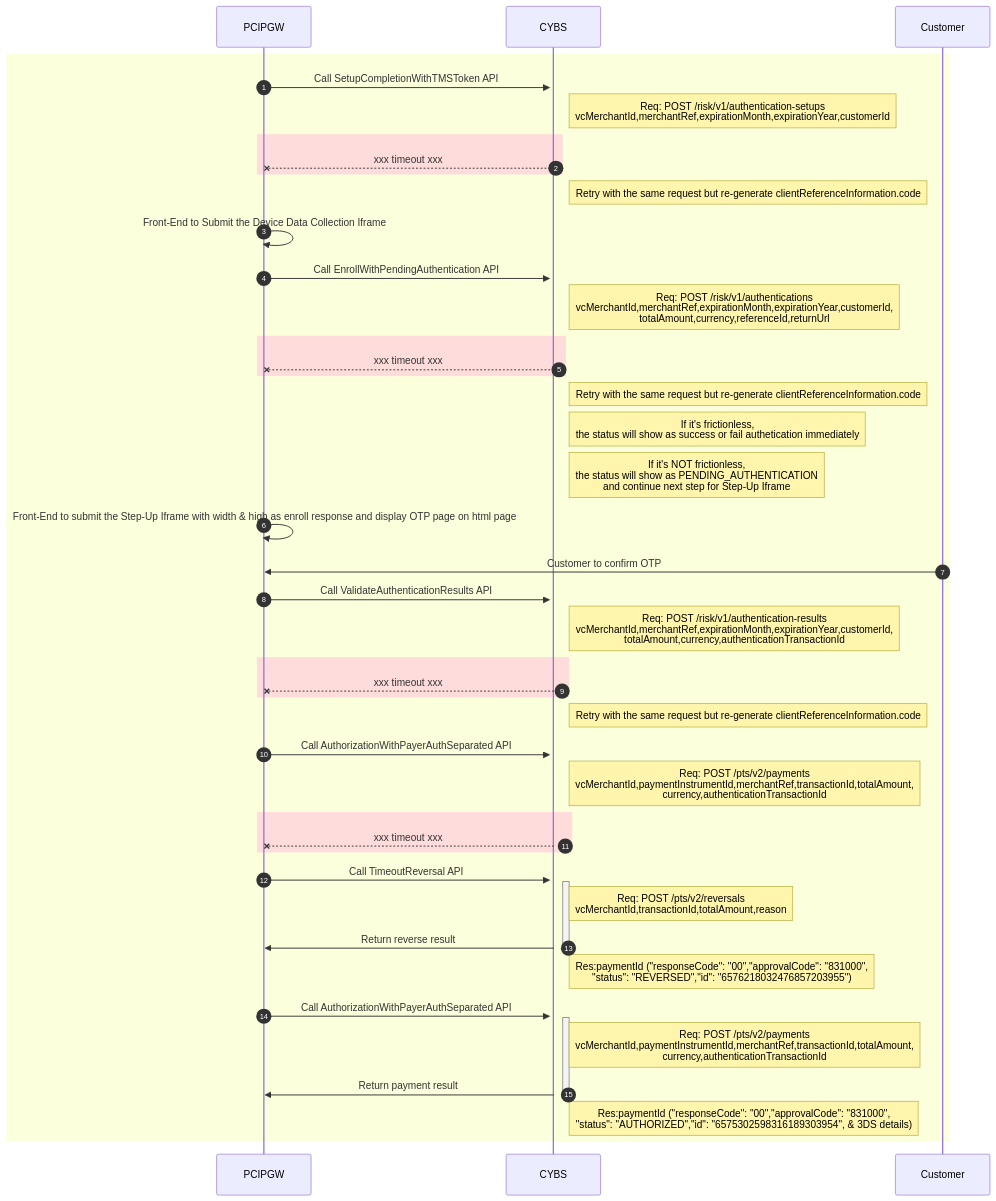
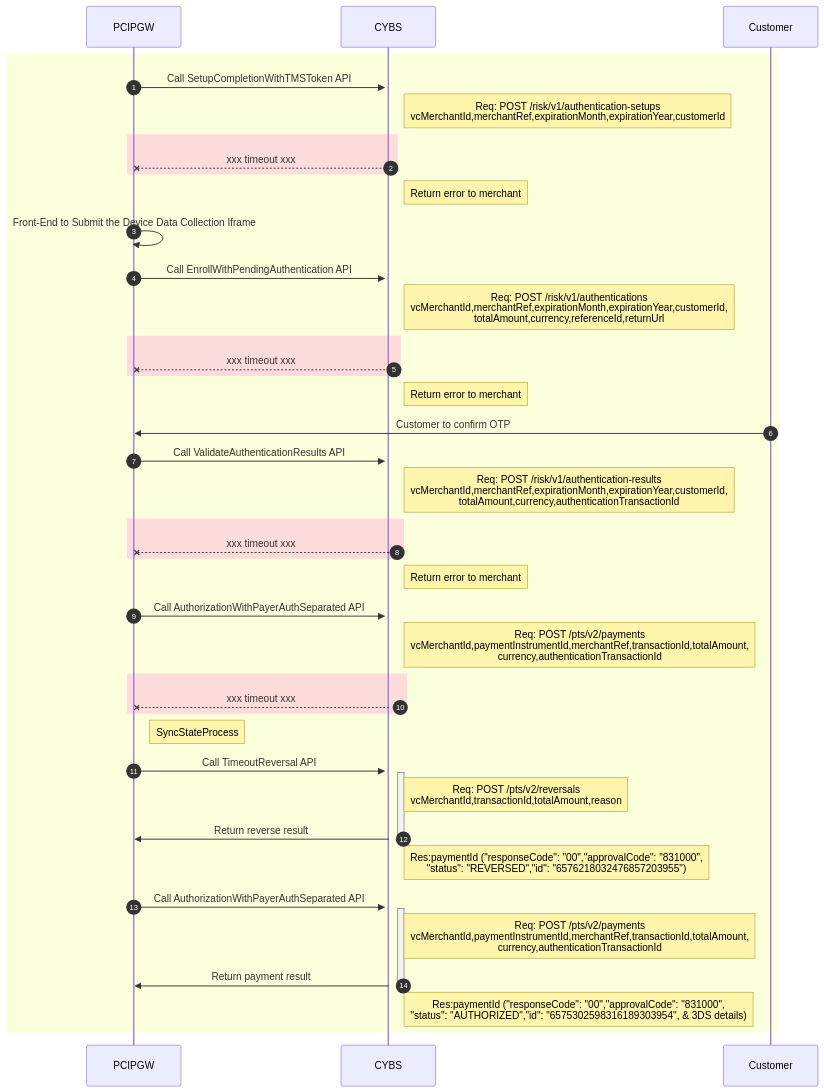
One commit to yuusuke25/MyNotes changed the sixth of 10 diagrams in Cybs-Ph2-Flow3.md. Above: the diagram before and after it, drawn with Mermaid. The commit also changed other lines of this file, not shown here.

````diff
--- a/Cybs-Ph2-Flow3.md
+++ b/Cybs-Ph2-Flow3.md
@@ -129,52 +130,47 @@
 ```mermaid
     sequenceDiagram
     autonumber
         rect rgb(252, 255, 220)
             PCIPGW->>+CYBS:Call SetupCompletionWithTMSToken API
             Note right of CYBS: Req: POST /risk/v1/authentication-setups<br>vcMerchantId,merchantRef,expirationMonth,expirationYear,customerId
             rect rgb(255, 220, 220)
               CYBS--XPCIPGW: xxx timeout xxx
             end
-            Note right of CYBS: Retry with the same request but re-generate clientReferenceInformation.code
+            Note right of CYBS: Return error to merchant
             
             PCIPGW->>PCIPGW: Front-End to Submit the Device Data Collection Iframe
             
             PCIPGW->>+CYBS:Call EnrollWithPendingAuthentication API
             Note right of CYBS: Req: POST /risk/v1/authentications<br>vcMerchantId,merchantRef,expirationMonth,expirationYear,customerId,<br>totalAmount,currency,referenceId,returnUrl
             rect rgb(255, 220, 220)
               CYBS--XPCIPGW: xxx timeout xxx
             end
-            Note right of CYBS: Retry with the same request but re-generate clientReferenceInformation.code
-            
-            Note right of CYBS: If it's frictionless,<br> the status will show as success or fail authetication immediately
-            
-            Note right of CYBS: If it's NOT frictionless,<br> the status will show as PENDING_AUTHENTICATION<br> and continue next step for Step-Up Iframe
-            
-            PCIPGW->>PCIPGW: Front-End to submit the Step-Up Iframe with width & high as enroll response and display OTP page on html page
+            Note right of CYBS: Return error to merchant
             
             Customer->>PCIPGW: Customer to confirm OTP
             
             PCIPGW->>+CYBS:Call ValidateAuthenticationResults API
             Note right of CYBS: Req: POST /risk/v1/authentication-results<br>vcMerchantId,merchantRef,expirationMonth,expirationYear,customerId,<br>totalAmount,currency,authenticationTransactionId
             rect rgb(255, 220, 220)
               CYBS--XPCIPGW: xxx timeout xxx
             end
-            Note right of CYBS: Retry with the same request but re-generate clientReferenceInformation.code
+            Note right of CYBS: Return error to merchant
             
             PCIPGW->>+CYBS:Call AuthorizationWithPayerAuthSeparated API
             Note right of CYBS: Req: POST /pts/v2/payments<br>vcMerchantId,paymentInstrumentId,merchantRef,transactionId,totalAmount,<br>currency,authenticationTransactionId
             rect rgb(255, 220, 220)
               CYBS--XPCIPGW: xxx timeout xxx
             end
             
+            Note right of PCIPGW: SyncStateProcess
             PCIPGW->>+CYBS:Call TimeoutReversal API
             Note right of CYBS: Req: POST /pts/v2/reversals<br>vcMerchantId,transactionId,totalAmount,reason
             CYBS->>-PCIPGW:Return reverse result
             Note right of CYBS: Res:paymentId ("responseCode": "00","approvalCode": "831000",<BR>"status": "REVERSED","id": "6576218032476857203955")
             
             PCIPGW->>+CYBS:Call AuthorizationWithPayerAuthSeparated API
             Note right of CYBS: Req: POST /pts/v2/payments<br>vcMerchantId,paymentInstrumentId,merchantRef,transactionId,totalAmount,<br>currency,authenticationTransactionId
             CYBS->>-PCIPGW:Return payment result
             Note right of CYBS: Res:paymentId ("responseCode": "00","approvalCode": "831000",<BR>"status": "AUTHORIZED","id": "6575302598316189303954", & 3DS details)
         end
 ```
````
